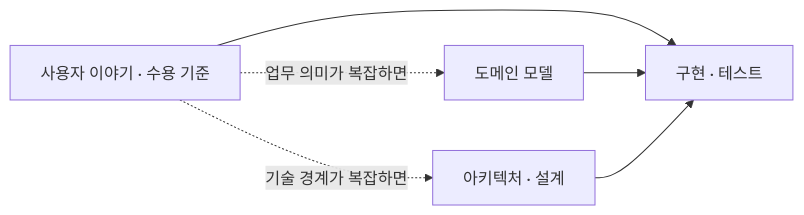
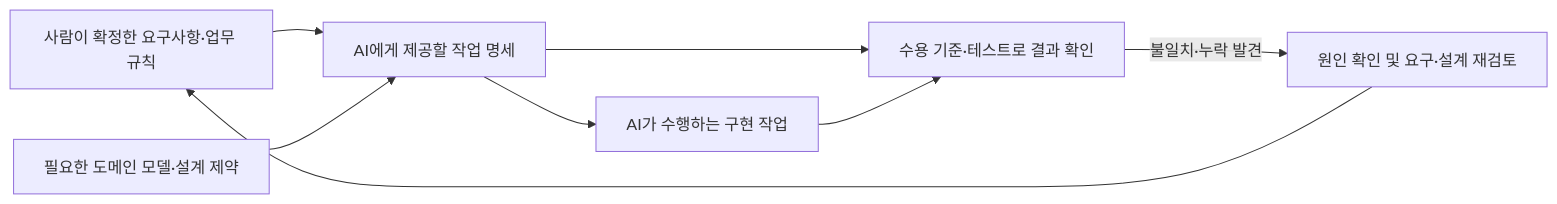
The second of 2 diagrams in courses/ai-native/sessions/s03.md (YoungSan77/TrainingMaterials), drawn with Mermaid before and after one commit. The commit also changed other lines of this file and 92 other files, not shown here.

````diff
--- a/courses/ai-native/sessions/s03.md
+++ b/courses/ai-native/sessions/s03.md
@@ -531,8 +621,10 @@
 ```mermaid
 flowchart LR
-  R["사용자 이야기 · 수용 기준"] --> C["구현 · 테스트"]
-  R -. 업무 의미가 복잡하면 .-> M["도메인 모델"]
-  R -. 기술 경계가 복잡하면 .-> A["아키텍처 · 설계"]
-  M --> C
-  A --> C
+  R["사람이 확정한 요구사항·업무 규칙"] --> S["AI에게 제공할 작업 명세"]
+  M["필요한 도메인 모델·설계 제약"] --> S
+  S --> A["AI가 수행하는 구현 작업"]
+  S --> V["수용 기준·테스트로 결과 확인"]
+  A --> V
+  V -->|"불일치·누락 발견"| Q["원인 확인 및 요구·설계 재검토"]
+  Q --> R
 ```
````
